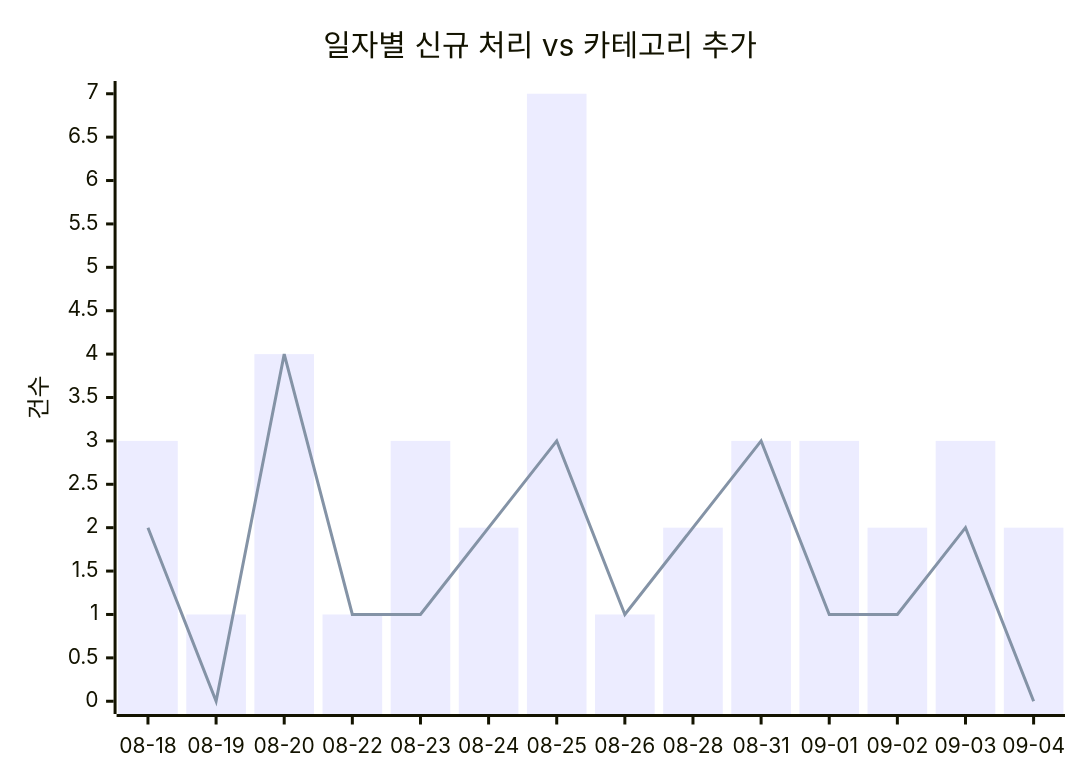
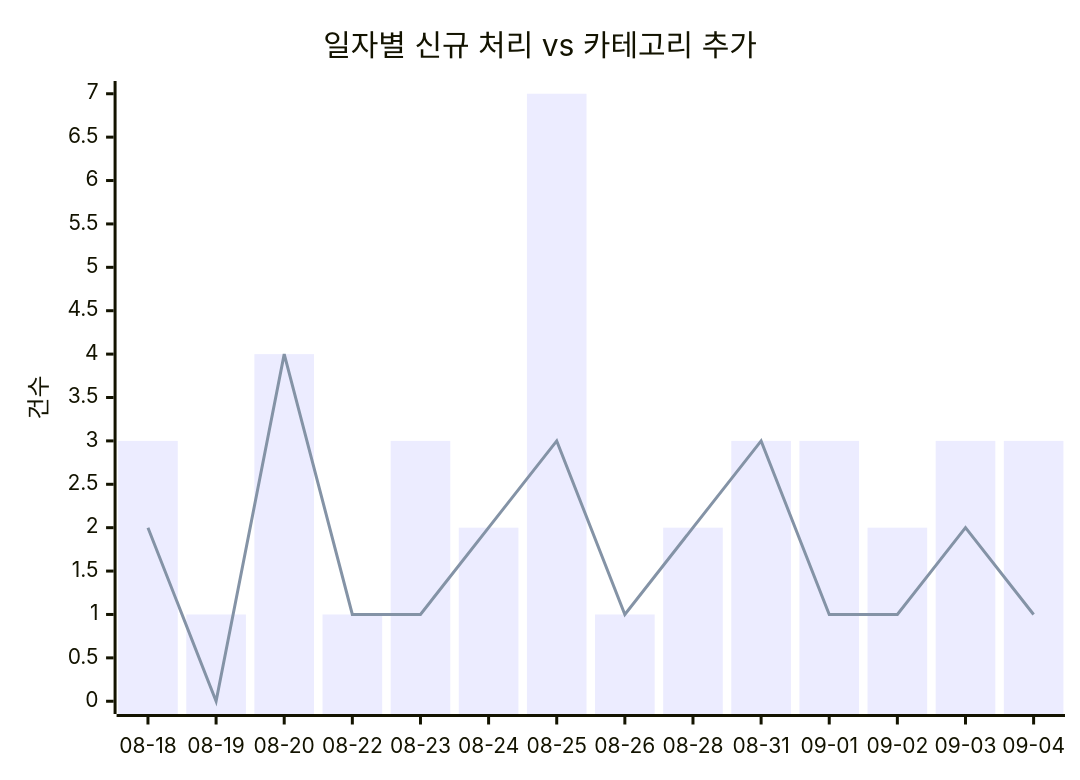
One commit to J-nowcow/awesome-korean-agent-skills changed the first of 2 diagrams in docs/trends.md. Above: the diagram before and after it, drawn with Mermaid. The commit also changed other lines of this file and 3 other files, not shown here.

````diff
--- a/docs/trends.md
+++ b/docs/trends.md
@@ -32,8 +32,8 @@
 ```mermaid
 xychart-beta
     title "일자별 신규 처리 vs 카테고리 추가"
     x-axis ["08-18","08-19","08-20","08-22","08-23","08-24","08-25","08-26","08-28","08-31","09-01","09-02","09-03","09-04"]
     y-axis "건수"
-    bar [3,1,4,1,3,2,7,1,2,3,3,2,3,2]
-    line [2,0,4,1,1,2,3,1,2,3,1,1,2,0]
+    bar [3,1,4,1,3,2,7,1,2,3,3,2,3,3]
+    line [2,0,4,1,1,2,3,1,2,3,1,1,2,1]
 ```
````
